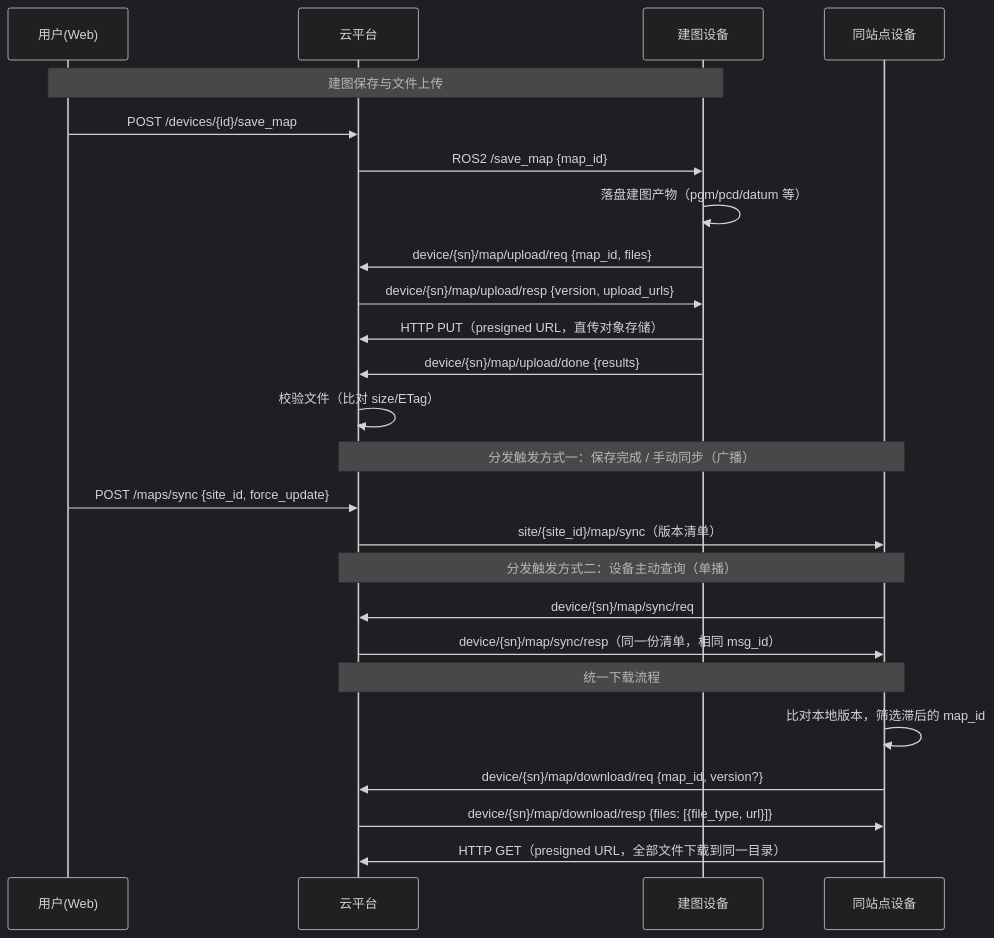
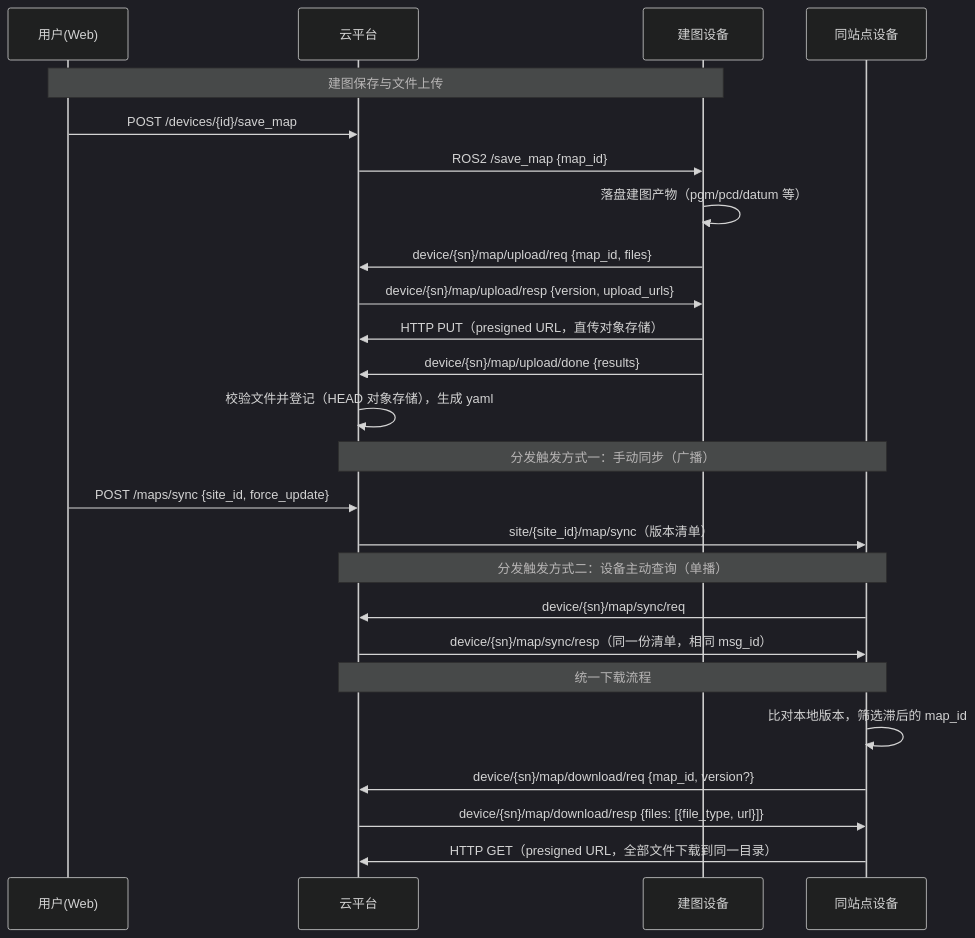
Before and after one commit to ruidutech/ruidu-docs: the diagram in orbitcontrol/tech-spec/api/map.md, drawn with Mermaid (dark theme). The commit also changed other lines of this file and 1 other file, not shown here.

Commit message:
增加地图相关处理接口

````diff
--- a/orbitcontrol/tech-spec/api/map.md
+++ b/orbitcontrol/tech-spec/api/map.md
@@ -13,31 +13,31 @@
 ```mermaid
 sequenceDiagram
     participant U as 用户(Web)
     participant C as 云平台
     participant D as 建图设备
     participant O as 同站点设备
 
     Note over U,D: 建图保存与文件上传
     U->>C: POST /devices/{id}/save_map
     C->>D: ROS2 /save_map {map_id}
     D->>D: 落盘建图产物（pgm/pcd/datum 等）
     D->>C: device/{sn}/map/upload/req {map_id, files}
     C->>D: device/{sn}/map/upload/resp {version, upload_urls}
     D->>C: HTTP PUT（presigned URL，直传对象存储）
     D->>C: device/{sn}/map/upload/done {results}
-    C->>C: 校验文件（比对 size/ETag）
+    C->>C: 校验文件并登记（HEAD 对象存储），生成 yaml
 
-    Note over C,O: 分发触发方式一：保存完成 / 手动同步（广播）
+    Note over C,O: 分发触发方式一：手动同步（广播）
     U->>C: POST /maps/sync {site_id, force_update}
     C->>O: site/{site_id}/map/sync（版本清单）
 
     Note over C,O: 分发触发方式二：设备主动查询（单播）
     O->>C: device/{sn}/map/sync/req
     C->>O: device/{sn}/map/sync/resp（同一份清单，相同 msg_id）
 
     Note over C,O: 统一下载流程
     O->>O: 比对本地版本，筛选滞后的 map_id
     O->>C: device/{sn}/map/download/req {map_id, version?}
     C->>O: device/{sn}/map/download/resp {files: [{file_type, url}]}
     O->>C: HTTP GET（presigned URL，全部文件下载到同一目录）
 ```
````
